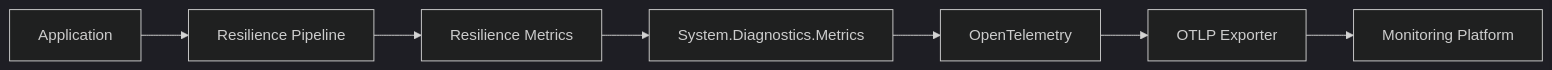
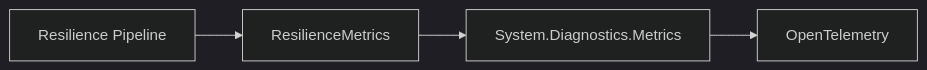
Before and after one commit to FEDERIN/CoreSystem: the first of 2 diagrams in docs/Resilience/Observability.md, drawn with Mermaid (dark theme). The commit also changed other lines of this file and 44 other files, not shown here.

````diff
--- a/docs/Resilience/Observability.md
+++ b/docs/Resilience/Observability.md
@@ -29,17 +26,11 @@
 ```mermaid
 flowchart LR
 
-    App["Application"]
+    Pipeline["Resilience Pipeline"]
 
-    App --> Pipeline["Resilience Pipeline"]
+    Pipeline --> Metrics["ResilienceMetrics"]
 
-    Pipeline --> Metrics["Resilience Metrics"]
+    Metrics --> Meter["System.Diagnostics.Metrics"]
 
-    Metrics --> DotNet["System.Diagnostics.Metrics"]
-
-    DotNet --> Otel["OpenTelemetry"]
-
-    Otel --> Otlp["OTLP Exporter"]
-
-    Otlp --> Platform["Monitoring Platform"]
+    Meter --> OpenTelemetry["OpenTelemetry"]
 ```
````
